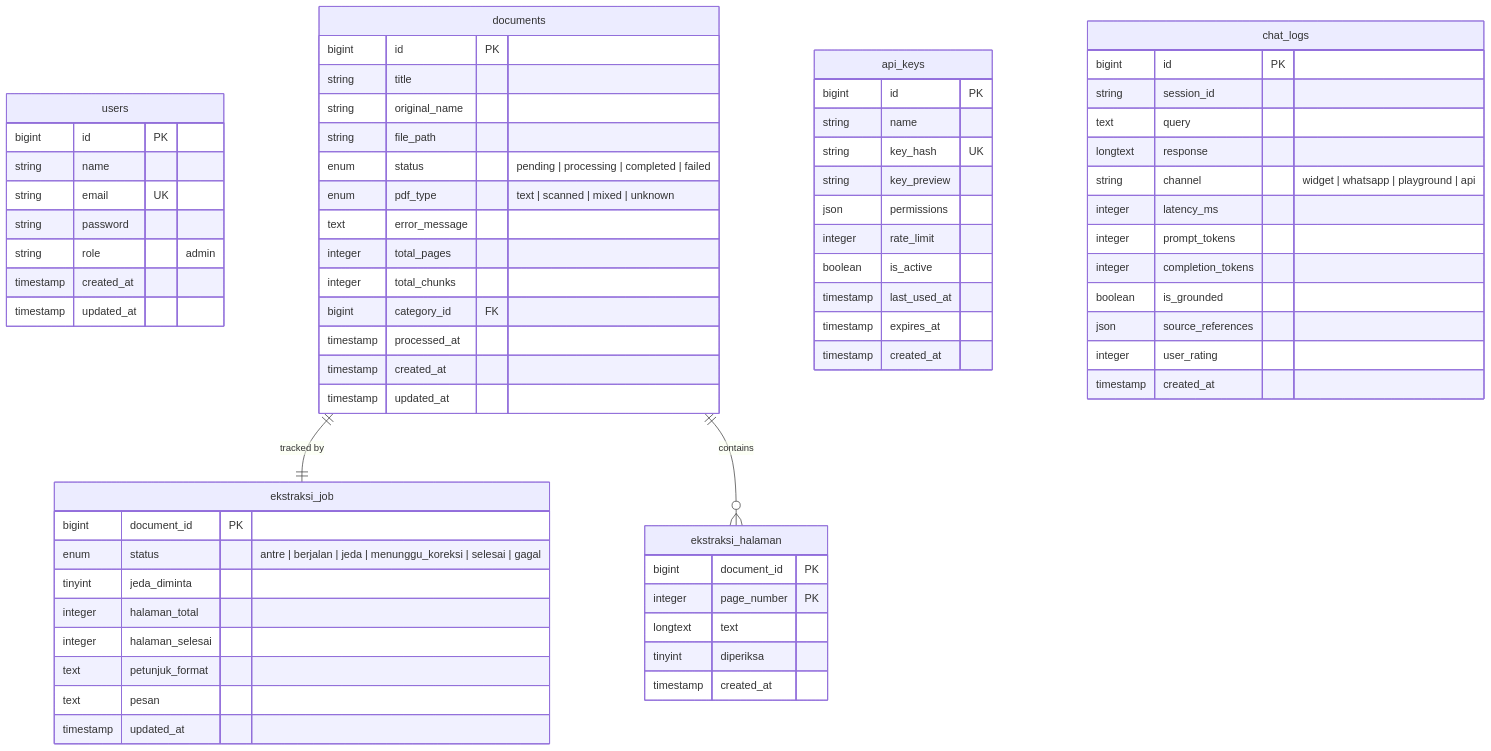
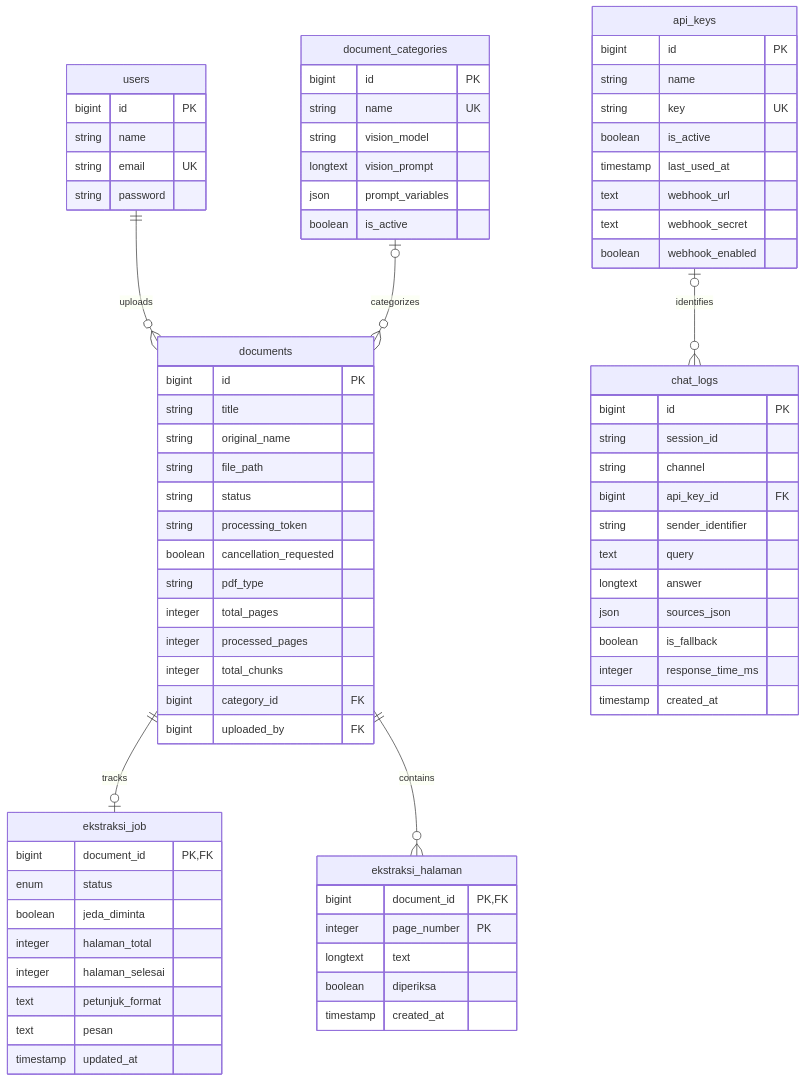
The sixth of 6 diagrams in docs/02-arsitektur_sistem_agentic_copilot.md (nftxvn/agentic-chatbot), drawn with Mermaid before and after one commit. The commit also changed other lines of this file and 24 other files, not shown here.

````diff
--- a/docs/02-arsitektur_sistem_agentic_copilot.md
+++ b/docs/02-arsitektur_sistem_agentic_copilot.md
@@ -238,78 +354,77 @@
 ```mermaid
 erDiagram
     users {
         bigint id PK
         string name
         string email UK
         string password
-        string role "admin"
-        timestamp created_at
-        timestamp updated_at
     }
-
     documents {
         bigint id PK
         string title
         string original_name
         string file_path
-        enum status "pending | processing | completed | failed"
-        enum pdf_type "text | scanned | mixed | unknown"
-        text error_message
+        string status
+        string processing_token
+        boolean cancellation_requested
+        string pdf_type
         integer total_pages
+        integer processed_pages
         integer total_chunks
         bigint category_id FK
-        timestamp processed_at
-        timestamp created_at
-        timestamp updated_at
+        bigint uploaded_by FK
     }
-
+    document_categories {
+        bigint id PK
+        string name UK
+        string vision_model
+        longtext vision_prompt
+        json prompt_variables
+        boolean is_active
+    }
     ekstraksi_job {
-        bigint document_id PK
-        enum status "antre | berjalan | jeda | menunggu_koreksi | selesai | gagal"
-        tinyint jeda_diminta
+        bigint document_id PK,FK
+        enum status
+        boolean jeda_diminta
         integer halaman_total
         integer halaman_selesai
         text petunjuk_format
         text pesan
         timestamp updated_at
     }
-
     ekstraksi_halaman {
-        bigint document_id PK
+        bigint document_id PK,FK
         integer page_number PK
         longtext text
-        tinyint diperiksa
+        boolean diperiksa
         timestamp created_at
     }
-
     api_keys {
         bigint id PK
         string name
-        string key_hash UK
-        string key_preview
-        json permissions
-        integer rate_limit
+        string key UK
         boolean is_active
         timestamp last_used_at
-        timestamp expires_at
-        timestamp created_at
+        text webhook_url
+        text webhook_secret
+        boolean webhook_enabled
     }
-
     chat_logs {
         bigint id PK
         string session_id
+        string channel
+        bigint api_key_id FK
+        string sender_identifier
         text query
-        longtext response
-        string channel "widget | whatsapp | playground | api"
-        integer latency_ms
-        integer prompt_tokens
-        integer completion_tokens
-        boolean is_grounded
-        json source_references
-        integer user_rating
+        longtext answer
+        json sources_json
+        boolean is_fallback
+        integer response_time_ms
         timestamp created_at
     }
-
-    documents ||--|| ekstraksi_job : "tracked by"
-    documents ||--o{ ekstraksi_halaman : "contains"
+    users ||--o{ documents : uploads
+    document_categories o|--o{ documents : categorizes
+    documents ||--o| ekstraksi_job : tracks
+    documents ||--o{ ekstraksi_halaman : contains
+    api_keys o|--o{ chat_logs : identifies
 ```
````
